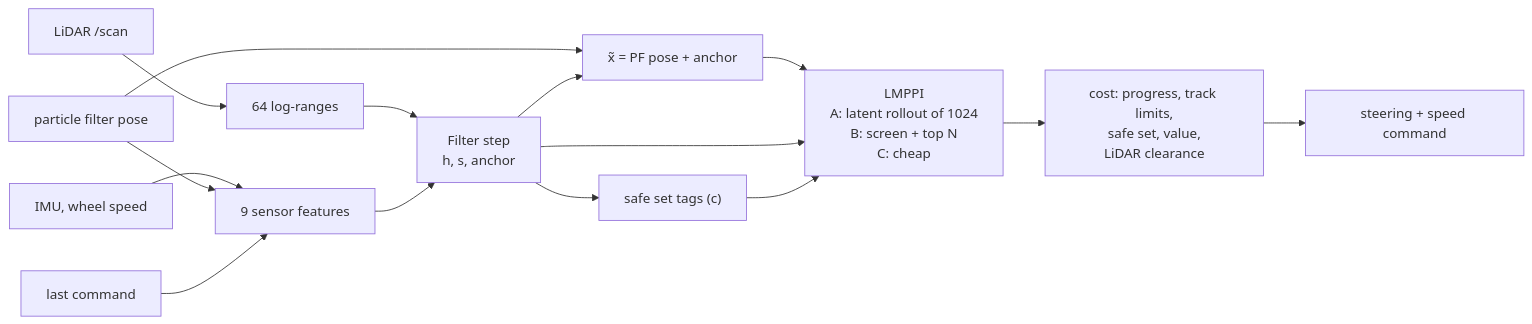
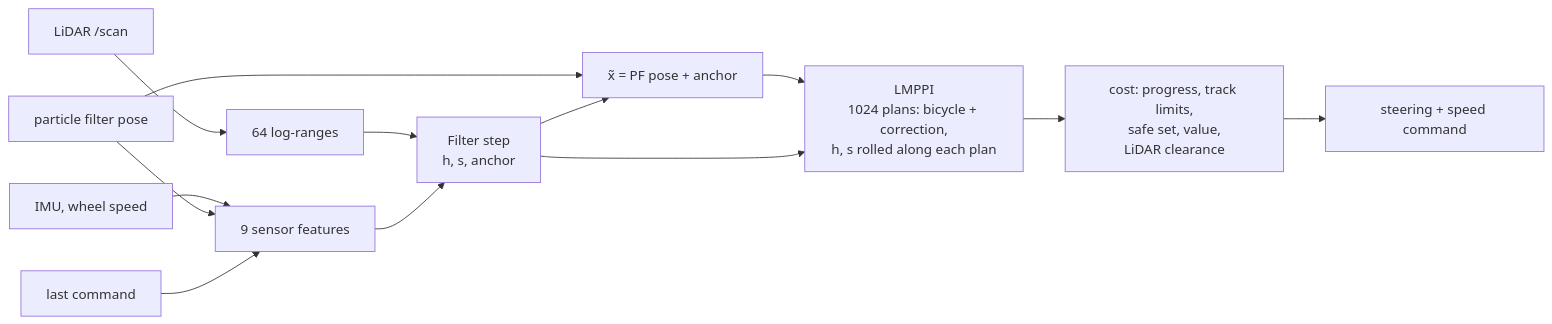
The second of 2 diagrams in docs/WORLD_MODEL_RSSM.md (Innomer/sit-lmpc-remastered), drawn with Mermaid before and after one commit. The commit also changed other lines of this file and 3 other files, not shown here.

````diff
--- a/docs/WORLD_MODEL_RSSM.md
+++ b/docs/WORLD_MODEL_RSSM.md
@@ -283,15 +358,13 @@
 ```mermaid
 flowchart LR
   L["LiDAR /scan"] --> O["64 log-ranges"]
   I["IMU, wheel speed"] --> F9["9 sensor features"]
   PF["particle filter pose"] --> F9
   U["last command"] --> F9
   O & F9 --> FS["Filter step<br/>h, s, anchor"]
   PF --> X["x̃ = PF pose + anchor"]
   FS --> X
-  FS --> TAG["safe set tags (c)"]
-  X & FS --> PL["LMPPI<br/>A: latent rollout of 1024<br/>B: screen + top N<br/>C: cheap"]
+  X & FS --> PL["LMPPI<br/>1024 plans: bicycle + correction,<br/>h, s rolled along each plan"]
   PL --> CL["cost: progress, track limits,<br/>safe set, value,<br/>LiDAR clearance"]
   CL --> CMD["steering + speed command"]
-  TAG --> PL
 ```
````
